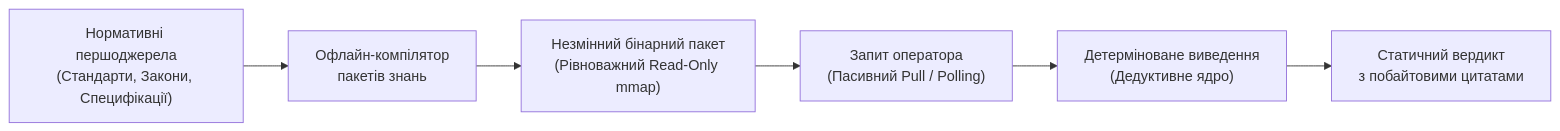
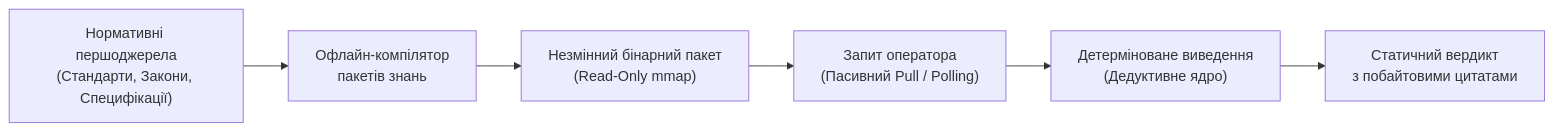
Before and after one commit to nick-fedchik/articles: the first of 6 diagrams in ExpertSystem/ch35-self-organizing-expert-systems-synergetics-and-npu-runtime.md, drawn with Mermaid. The commit also changed other lines of this file and 7 other files, not shown here.

````diff
--- a/ExpertSystem/ch35-self-organizing-expert-systems-synergetics-and-npu-runtime.md
+++ b/ExpertSystem/ch35-self-organizing-expert-systems-synergetics-and-npu-runtime.md
@@ -27,8 +31,10 @@
 ```mermaid
 flowchart LR
+	accTitle: Пасивне застосування незмінної версії правил
+	accDescr: Компіляція правил не створює механізму приймання подій і відкликання залежних висновків.
     SRC["Нормативні першоджерела<br/>(Стандарти, Закони, Специфікації)"] --> COMP["Офлайн-компілятор<br/>пакетів знань"]
-    COMP --> PACK["Незмінний бінарний пакет<br/>(Рівноважний Read-Only mmap)"]
+	COMP --> PACK["Незмінний бінарний пакет<br/>(Read-Only mmap)"]
     PACK --> Q["Запит оператора<br/>(Пасивний Pull / Polling)"]
     Q --> INF["Детерміноване виведення<br/>(Дедуктивне ядро)"]
     INF --> RES["Статичний вердикт<br/>з побайтовими цитатами"]
 ```
````
